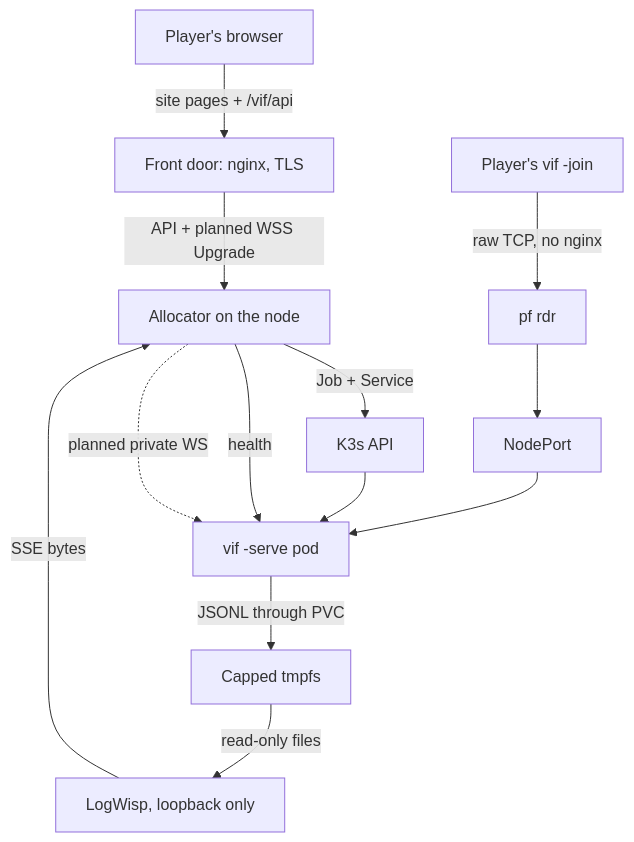
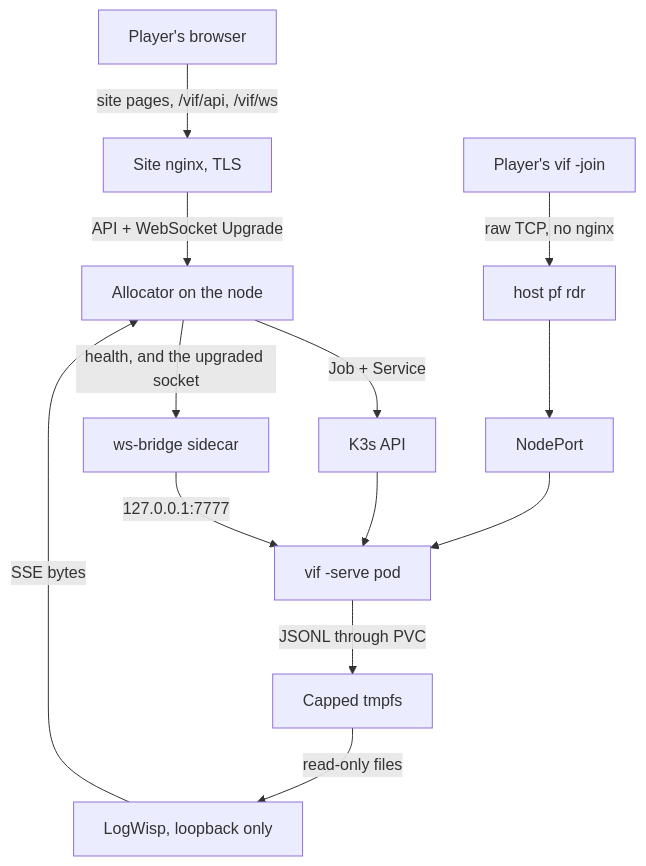
The diagram in doc/kube-docker-deploy.md (lixenwraith/vi-fighter), drawn with Mermaid before and after one commit. The commit also changed other lines of this file and 11 other files, not shown here.

````diff
--- a/doc/kube-docker-deploy.md
+++ b/doc/kube-docker-deploy.md
@@ -47,13 +35,12 @@
 ```mermaid
 flowchart TD
-    Browser["Player's browser"] -->|"site pages + /vif/api"| Site["Front door: nginx, TLS"]
-    Site -->|"API + planned WSS Upgrade"| Alloc["Allocator on the node"]
+    Browser["Player's browser"] -->|"site pages, /vif/api, /vif/ws"| Site["Site nginx, TLS"]
+    Site -->|"API + WebSocket Upgrade"| Alloc["Allocator on the node"]
     Alloc -->|"Job + Service"| API["K3s API"]
     API --> Pod["vif -serve pod"]
-    Alloc -->|"health"| Pod
-    Term["Player's vif -join"] -->|"raw TCP, no nginx"| PF["pf rdr"] --> NP["NodePort"] --> Pod
-    Alloc -.->|"planned private WS"| Pod
+    Alloc -->|"health, and the upgraded socket"| Bridge["ws-bridge sidecar"] -->|"127.0.0.1:7777"| Pod
+    Term["Player's vif -join"] -->|"raw TCP, no nginx"| PF["host pf rdr"] --> NP["NodePort"] --> Pod
     Pod -->|"JSONL through PVC"| Log["Capped tmpfs"]
     Log -->|"read-only files"| Wisp["LogWisp, loopback only"]
     Wisp -->|"SSE bytes"| Alloc
 ```
````
